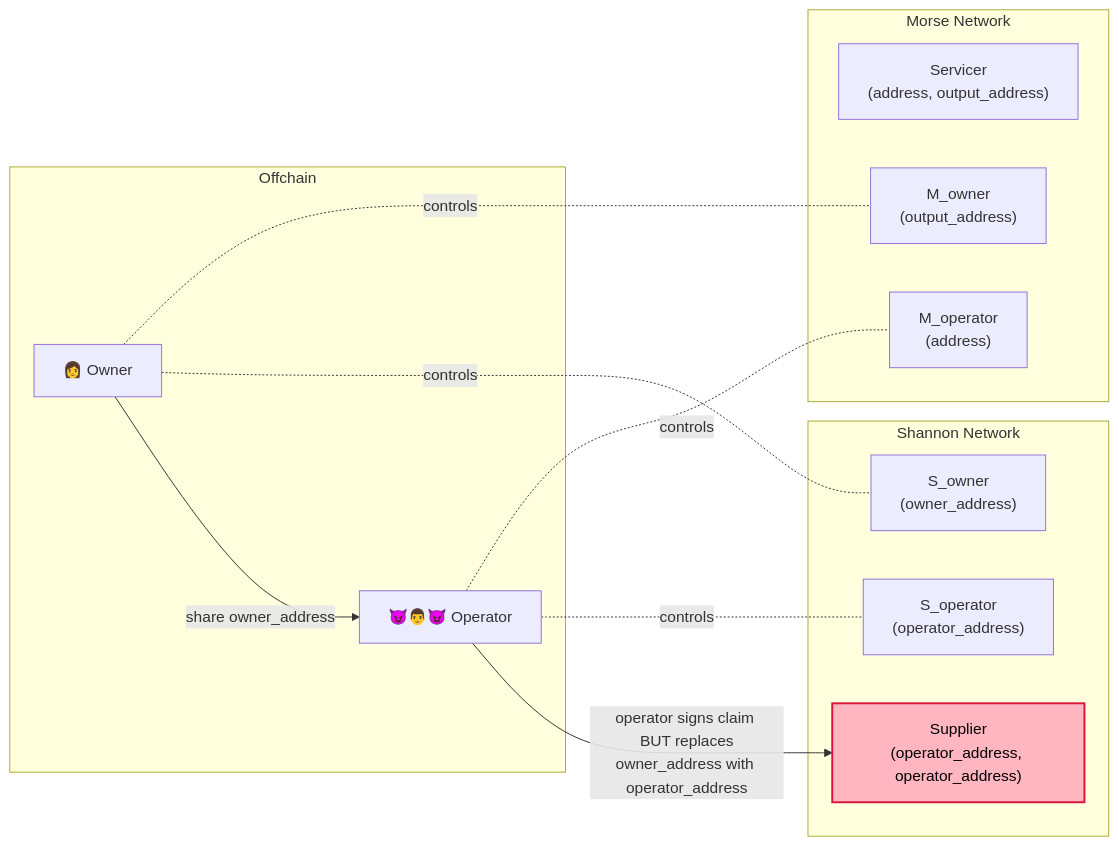
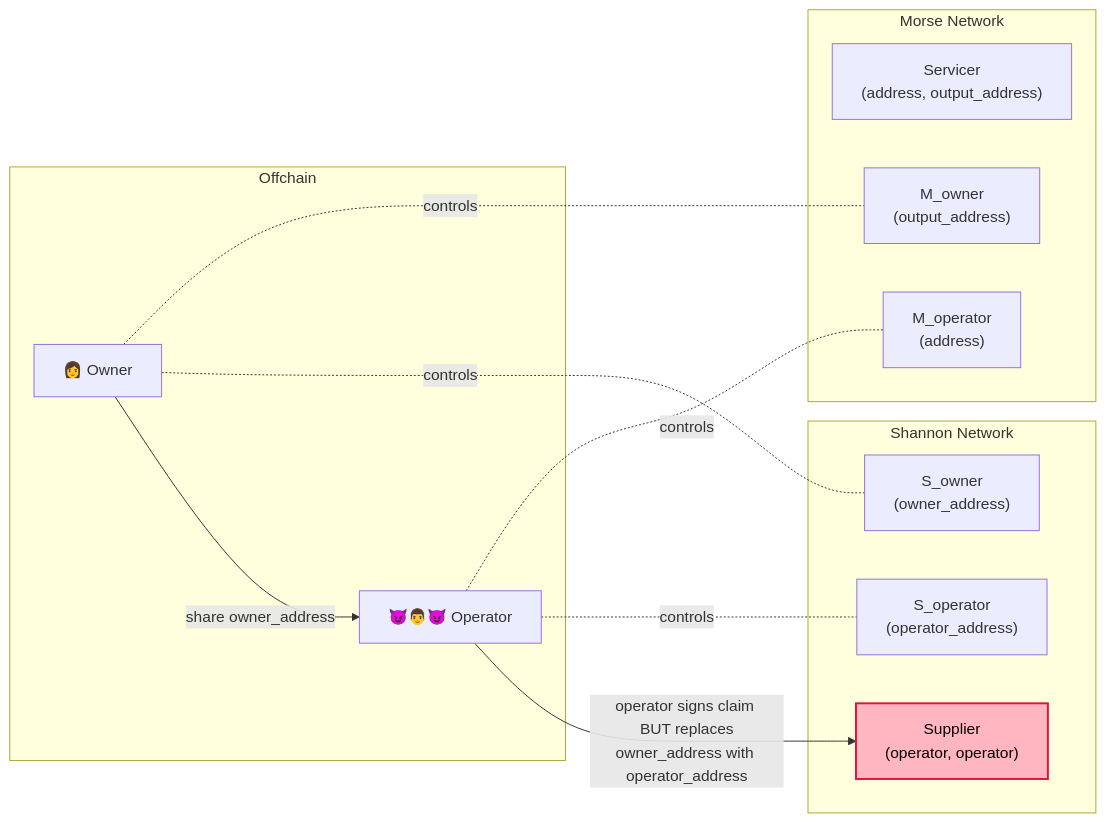
One commit to pokt-network/poktroll changed the fourth of 4 diagrams in docusaurus/docs/2_explore/4_morse_migration/10_non_custodial_intro.md. Above: the diagram before and after it, drawn with Mermaid. The commit also changed other lines of this file, not shown here.

````diff
--- a/docusaurus/docs/2_explore/4_morse_migration/10_non_custodial_intro.md
+++ b/docusaurus/docs/2_explore/4_morse_migration/10_non_custodial_intro.md
@@ -214,30 +214,30 @@
 ```mermaid
 graph LR
     subgraph Offchain[Offchain]
         Owner["👩 Owner"]
         Operator["😈👨😈 Operator"]
     end
 
     subgraph Morse[Morse Network]
         Servicer["Servicer<br/>(address, output_address)"]
         M_owner["M_owner<br/>(output_address)"]
         M_operator["M_operator<br/>(address)"]
     end
 
     subgraph Shannon[Shannon Network]
-        Supplier["Supplier<br/>(operator_address, operator_address)"]
+        Supplier["Supplier<br/>(operator, operator)"]
         S_owner["S_owner<br/>(owner_address)"]
         S_operator["S_operator<br/>(operator_address)"]
     end
 
     Owner -.-|"controls"| M_owner
     Owner -.-|"controls"| S_owner
     Operator -.-|"controls"| M_operator
     Operator -.-|"controls"| S_operator
 
     Owner -->|share owner_address<br/> | Operator
     Operator -->|"operator signs claim <br/> BUT replaces <br/>owner_address with operator_address<br/>"| Supplier
 
     classDef red fill:#FFB6C1,stroke:#DC143C,stroke-width:2px,color:#000000
     class Supplier red
 ```
````
